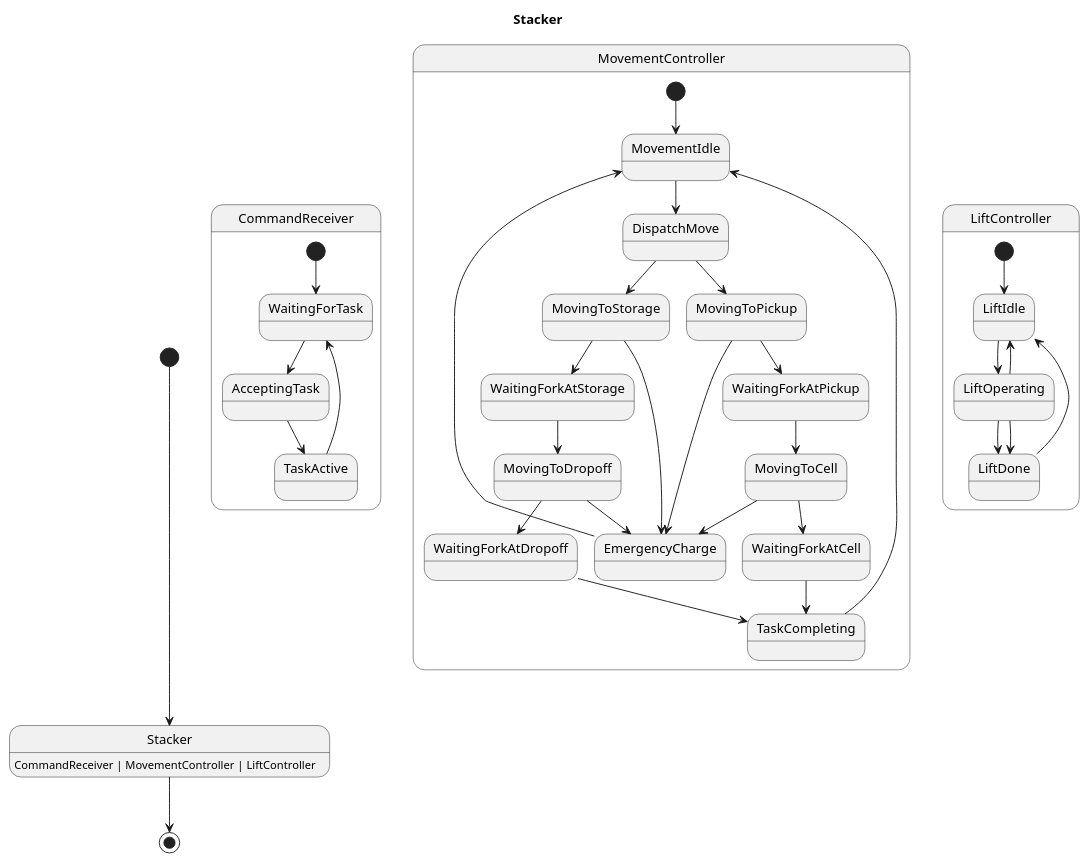
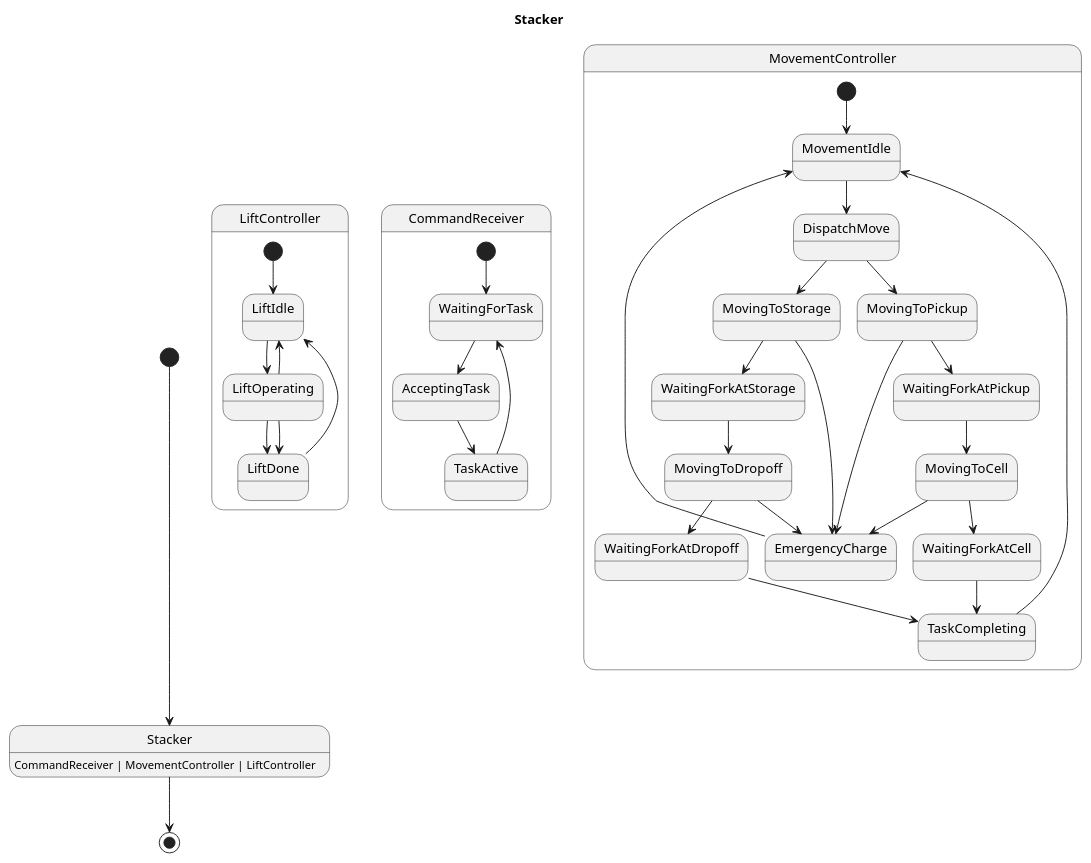
One commit to Pastor/Takt changed the diagram in examples/generated/plantuml/stacker.puml. Above: the diagram before and after it, drawn with PlantUML. The commit also changed other lines of this file and 15 other files, not shown here.

```diff
--- a/examples/generated/plantuml/stacker.puml
+++ b/examples/generated/plantuml/stacker.puml
@@ -1,45 +1,45 @@
 @startuml
 title Stacker
 
 [*] --> Stacker
 Stacker : CommandReceiver | MovementController | LiftController
 Stacker --> [*]
 
+state LiftController {
+    [*] --> LiftIdle
+    LiftOperating --> LiftDone
+    LiftOperating --> LiftDone
+    LiftOperating --> LiftIdle
+    LiftIdle --> LiftOperating
+    LiftDone --> LiftIdle
+}
+
 state CommandReceiver {
     [*] --> WaitingForTask
+    TaskActive --> WaitingForTask
     WaitingForTask --> AcceptingTask
     AcceptingTask --> TaskActive
-    TaskActive --> WaitingForTask
 }
 
 state MovementController {
     [*] --> MovementIdle
+    TaskCompleting --> MovementIdle
+    MovingToDropoff --> WaitingForkAtDropoff
+    MovingToDropoff --> EmergencyCharge
+    WaitingForkAtCell --> TaskCompleting
+    WaitingForkAtPickup --> MovingToCell
+    MovingToCell --> WaitingForkAtCell
+    MovingToCell --> EmergencyCharge
     MovingToStorage --> WaitingForkAtStorage
     MovingToStorage --> EmergencyCharge
+    MovementIdle --> DispatchMove
+    EmergencyCharge --> MovementIdle
     MovingToPickup --> WaitingForkAtPickup
     MovingToPickup --> EmergencyCharge
-    WaitingForkAtDropoff --> TaskCompleting
-    WaitingForkAtPickup --> MovingToCell
     DispatchMove --> MovingToPickup
     DispatchMove --> MovingToStorage
-    TaskCompleting --> MovementIdle
-    MovingToCell --> WaitingForkAtCell
-    MovingToCell --> EmergencyCharge
-    WaitingForkAtCell --> TaskCompleting
-    MovementIdle --> DispatchMove
-    MovingToDropoff --> WaitingForkAtDropoff
-    MovingToDropoff --> EmergencyCharge
+    WaitingForkAtDropoff --> TaskCompleting
     WaitingForkAtStorage --> MovingToDropoff
-    EmergencyCharge --> MovementIdle
-}
-
-state LiftController {
-    [*] --> LiftIdle
-    LiftDone --> LiftIdle
-    LiftOperating --> LiftDone
-    LiftOperating --> LiftDone
-    LiftOperating --> LiftIdle
-    LiftIdle --> LiftOperating
 }
 
 @enduml
```
